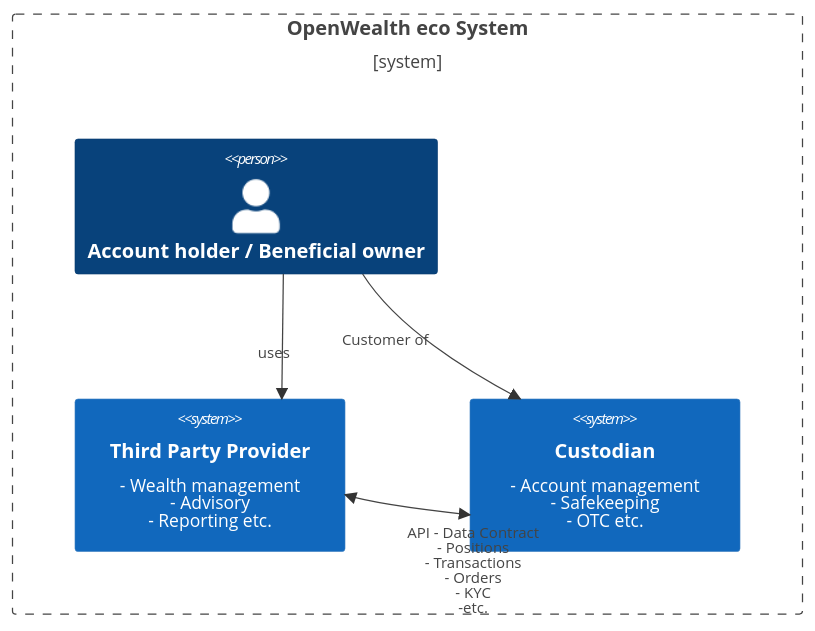
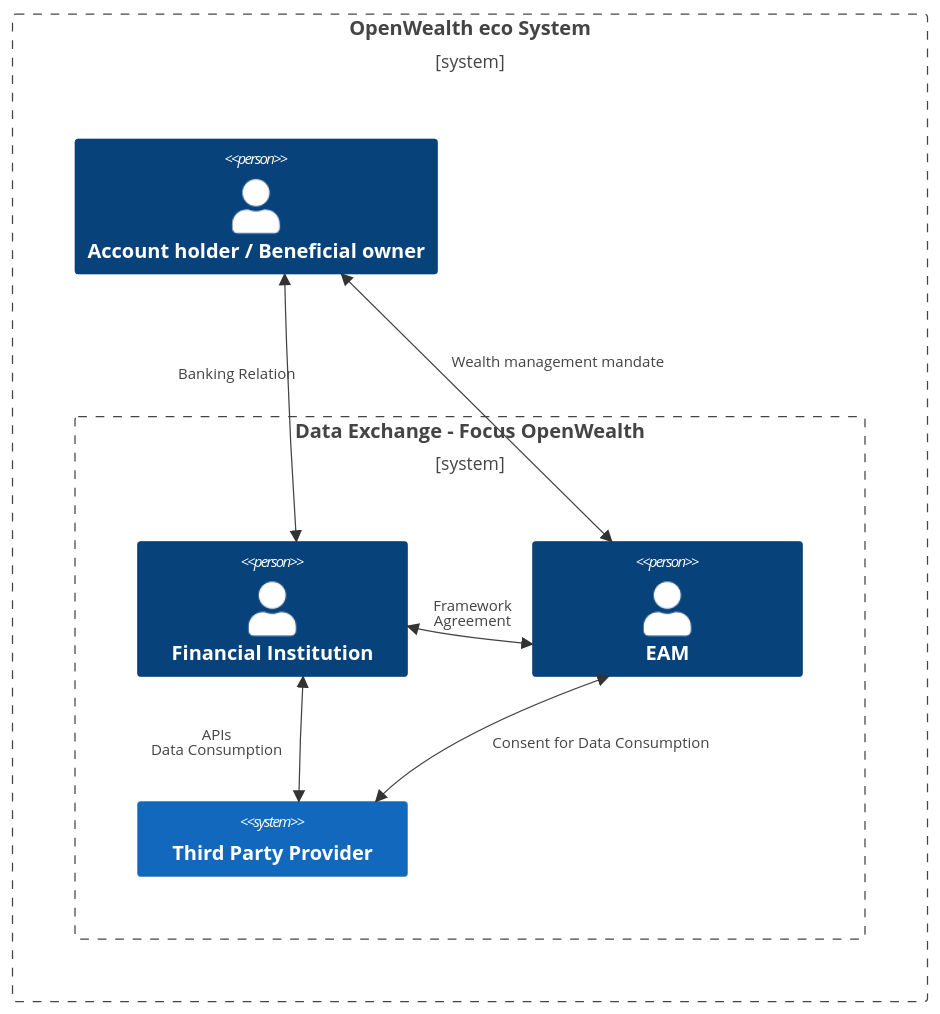
Before and after one commit to OpenWealth/OpenWealth: the first of 2 diagrams in README.md, drawn with Mermaid. The commit also changed other lines of this file, not shown here.

Commit message:
Updates on diagram and fix typos

````diff
--- a/README.md
+++ b/README.md
@@ -17,19 +17,25 @@
 ```mermaid
 C4Context
     Boundary(b0, "OpenWealth eco System") {
-    Person(PartyA, "Account holder / Beneficial owner")
-    System(PartyB, "Third Party Provider", "- Wealth management<br>- Advisory<br>- Reporting etc.")
-
-    System(SystemA, "Custodian", "- Account management<br>- Safekeeping<br>- OTC etc.")
+    Person(PartyBO, "Account holder / Beneficial owner")
+    Boundary(b1, "Data Exchange - Focus OpenWealth") {
+        Person(PartyFI, "Financial Institution")
+        Person(PartyEAM, "EAM") 
+        System(PartyTPP, "Third Party Provider")
+        }
     }
 
-    Rel(PartyA, PartyB, "uses")
-    Rel(PartyA, SystemA, "Customer of")
-    BiRel(PartyB, SystemA, "API - Data Contract<br>- Positions<br>- Transactions<br>- Orders<br>- KYC<br>-etc.")
+    BiRel(PartyBO, PartyEAM, "Wealth management mandate")
+    BiRel(PartyBO, PartyFI, "Banking Relation")
+    BiRel(PartyTPP, PartyFI, "APIs<br>Data Consumption")
+    BiRel(PartyFI, PartyEAM, "Framework<br>Agreement")
+    BiRel(PartyTPP, PartyEAM, "Consent for Data Consumption")
 
 
     UpdateLayoutConfig($c4ShapeInRow="2", $c4BoundaryInRow="1")
-    UpdateRelStyle(PartyA, PartyB, $offsetX="-20", $offsetY="10")
-    UpdateRelStyle(PartyA, SystemA, $offsetX="-80")
-    UpdateRelStyle(PartyB, SystemA, $offsetY="50")
+    UpdateRelStyle(PartyBO, PartyEAM, $offsetX="-20", $offsetY="-40")
+    UpdateRelStyle(PartyEAM, PartyTPP, $offsetX="-0", $offsetY="0")
+    UpdateRelStyle(PartyFI, PartyEAM, $offsetX="-30", $offsetY="-20")
+    UpdateRelStyle(PartyBO, PartyFI, $offsetX="-90", $offsetY="-30")
+    UpdateRelStyle(PartyTPP, PartyFI, $offsetX="-120")
 ```
````
